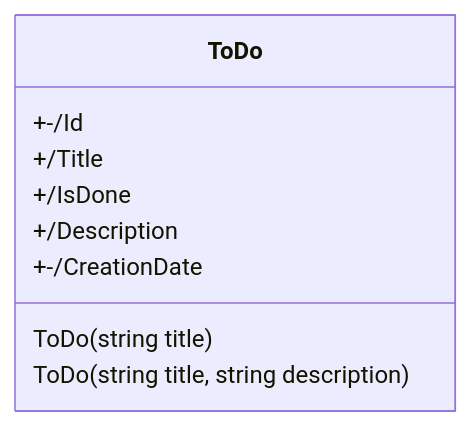
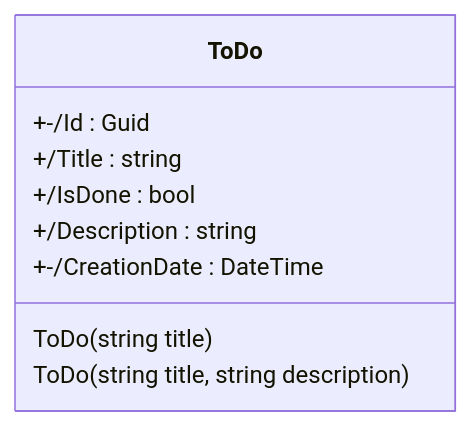
The first of 2 diagrams in README.md (HandyS11/ToDo_App), drawn with Mermaid before and after one commit. The commit also changed other lines of this file, not shown here.

Commit message:
update readme architecture

````diff
--- a/README.md
+++ b/README.md
@@ -53,13 +52,13 @@
 ```mermaid
 classDiagram
 
 class ToDo {
-    +-/Id
-    +/Title
-    +/IsDone
-    +/Description
-    +-/CreationDate
+    +-/Id : Guid
+    +/Title : string
+    +/IsDone : bool
+    +/Description : string
+    +-/CreationDate : DateTime
     ToDo(string title)
     ToDo(string title, string description)
 }
 ```
````
